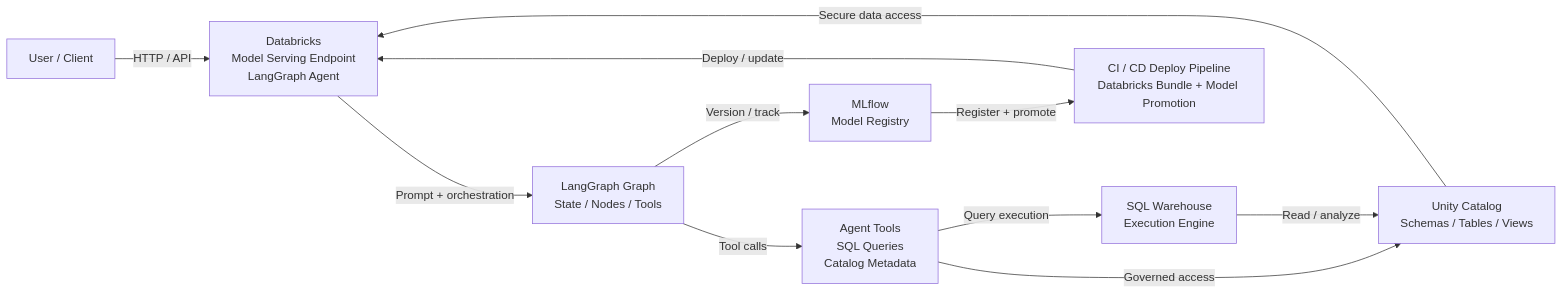
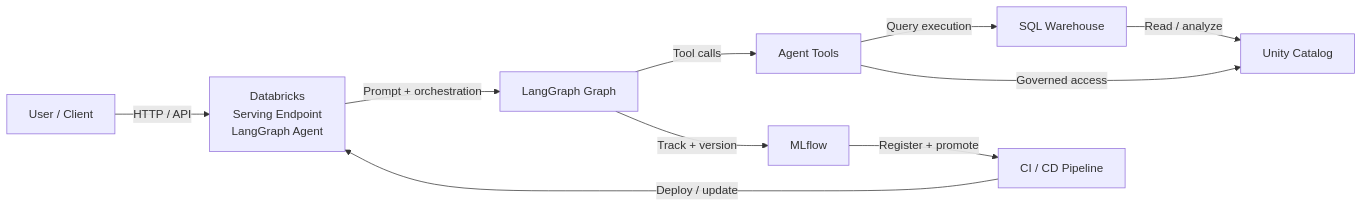
One commit to PratikhyaManas/Langgraph-Databricks changed the diagram in README.md. Above: the diagram before and after it, drawn with Mermaid. The commit also changed other lines of this file, not shown here.

````diff
--- a/README.md
+++ b/README.md
@@ -10,16 +10,12 @@
 ```mermaid
 flowchart LR
-    U[User / Client] -->|HTTP / API| D[Databricks<br/>Model Serving Endpoint<br/>LangGraph Agent]
-
-    D -->|Prompt + orchestration| G[LangGraph Graph<br/>State / Nodes / Tools]
-    G -->|Tool calls| T[Agent Tools<br/>SQL Queries<br/>Catalog Metadata]
-    G -->|Version / track| M[MLflow<br/>Model Registry]
-
-    T -->|Query execution| W[SQL Warehouse<br/>Execution Engine]
-    T -->|Governed access| C[Unity Catalog<br/>Schemas / Tables / Views]
+    U[User / Client] -->|HTTP / API| D[Databricks<br/>Serving Endpoint<br/>LangGraph Agent]
+    D -->|Prompt + orchestration| G[LangGraph Graph]
+    G -->|Tool calls| T[Agent Tools]
+    T -->|Query execution| W[SQL Warehouse]
+    T -->|Governed access| C[Unity Catalog]
     W -->|Read / analyze| C
-    C -->|Secure data access| D
-
-    M -->|Register + promote| P[CI / CD Deploy Pipeline<br/>Databricks Bundle + Model Promotion]
+    G -->|Track + version| M[MLflow]
+    M -->|Register + promote| P[CI / CD Pipeline]
     P -->|Deploy / update| D
 ```
````
